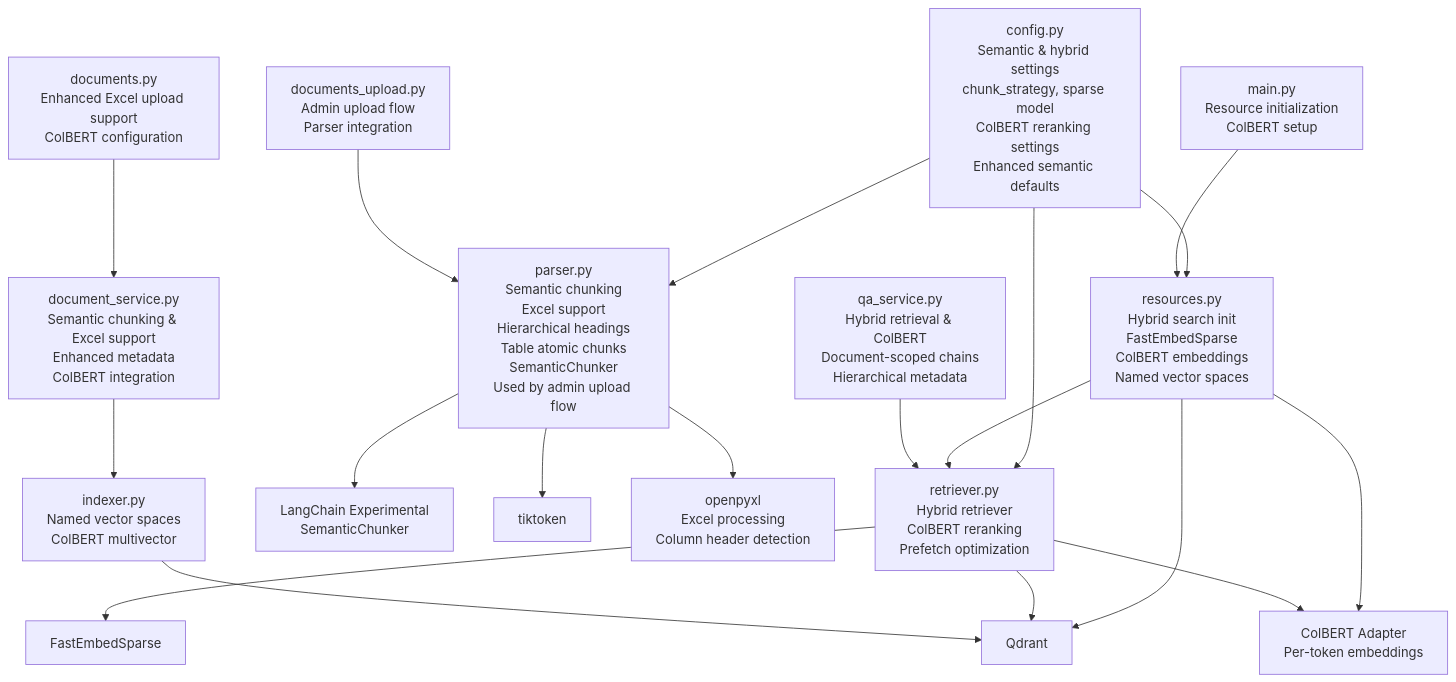
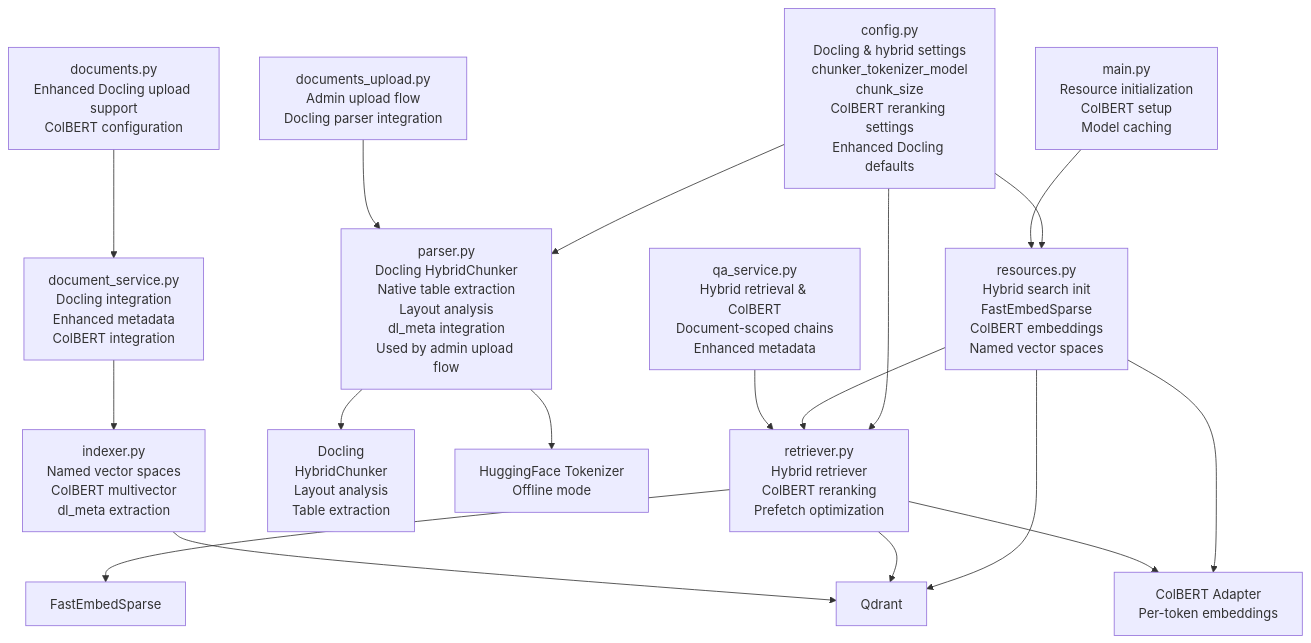
Before and after one commit to ognelis/cafetera_hr_bot: diagram 12 of 12 in .qoder/repowiki/en/content/RAG Integration/RAG Parser Enhancement.md, drawn with Mermaid. The commit also changed other lines of this file and 5 other files, not shown here.

````diff
--- a/.qoder/repowiki/en/content/RAG Integration/RAG Parser Enhancement.md
+++ b/.qoder/repowiki/en/content/RAG Integration/RAG Parser Enhancement.md
@@ -732,21 +502,20 @@
 ```mermaid
 graph TB
-CFG["config.py<br/>Semantic & hybrid settings<br/>chunk_strategy, sparse model<br/>ColBERT reranking settings<br/>Enhanced semantic defaults"] --> RES["resources.py<br/>Hybrid search init<br/>FastEmbedSparse<br/>ColBERT embeddings<br/>Named vector spaces"]
+CFG["config.py<br/>Docling & hybrid settings<br/>chunker_tokenizer_model<br/>chunk_size<br/>ColBERT reranking settings<br/>Enhanced Docling defaults"] --> RES["resources.py<br/>Hybrid search init<br/>FastEmbedSparse<br/>ColBERT embeddings<br/>Named vector spaces"]
 CFG --> RET["retriever.py<br/>Hybrid retriever<br/>ColBERT reranking<br/>Prefetch optimization"]
-CFG --> PARSE["parser.py<br/>Semantic chunking<br/>Excel support<br/>Hierarchical headings<br/>Table atomic chunks<br/>SemanticChunker<br/>Used by admin upload flow"]
+CFG --> PARSE["parser.py<br/>Docling HybridChunker<br/>Native table extraction<br/>Layout analysis<br/>dl_meta integration<br/>Used by admin upload flow"]
 RES --> RET
 RES --> QDRANT["Qdrant"]
 RES --> COLBERT["ColBERT Adapter<br/>Per-token embeddings"]
-PARSE --> LC["LangChain Experimental<br/>SemanticChunker"]
-PARSE --> TIKTOKEN["tiktoken"]
-PARSE --> OPENPYXL["openpyxl<br/>Excel processing<br/>Column header detection"]
+PARSE --> DOC["Docling<br/>HybridChunker<br/>Layout analysis<br/>Table extraction"]
+PARSE --> HF["HuggingFace Tokenizer<br/>Offline mode"]
 RET --> FE["FastEmbedSparse"]
 RET --> QDRANT
 RET --> COLBERT
-INDEXER["indexer.py<br/>Named vector spaces<br/>ColBERT multivector"] --> QDRANT
-SERVICE["document_service.py<br/>Semantic chunking & Excel support<br/>Enhanced metadata<br/>ColBERT integration"] --> INDEXER
-API["documents.py<br/>Enhanced Excel upload support<br/>ColBERT configuration"] --> SERVICE
-UPLOAD["documents_upload.py<br/>Admin upload flow<br/>Parser integration"] --> PARSE
-QA["qa_service.py<br/>Hybrid retrieval & ColBERT<br/>Document-scoped chains<br/>Hierarchical metadata"] --> RET
-MAIN["main.py<br/>Resource initialization<br/>ColBERT setup"] --> RES
+INDEXER["indexer.py<br/>Named vector spaces<br/>ColBERT multivector<br/>dl_meta extraction"] --> QDRANT
+SERVICE["document_service.py<br/>Docling integration<br/>Enhanced metadata<br/>ColBERT integration"] --> INDEXER
+API["documents.py<br/>Enhanced Docling upload support<br/>ColBERT configuration"] --> SERVICE
+UPLOAD["documents_upload.py<br/>Admin upload flow<br/>Docling parser integration"] --> PARSE
+QA["qa_service.py<br/>Hybrid retrieval & ColBERT<br/>Document-scoped chains<br/>Enhanced metadata"] --> RET
+MAIN["main.py<br/>Resource initialization<br/>ColBERT setup<br/>Model caching"] --> RES
 ```
````
